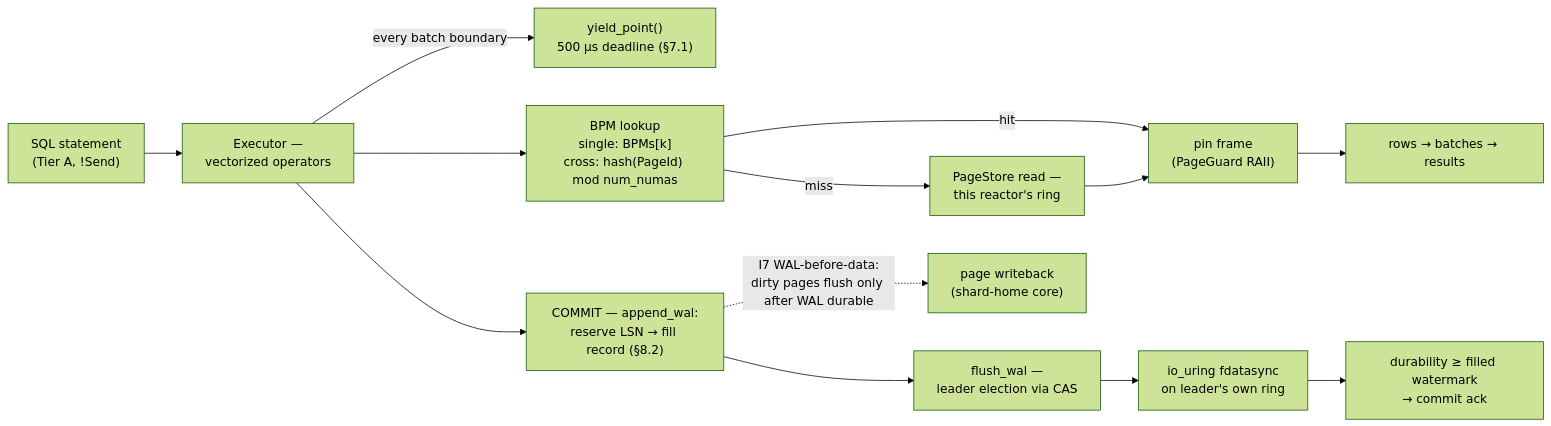
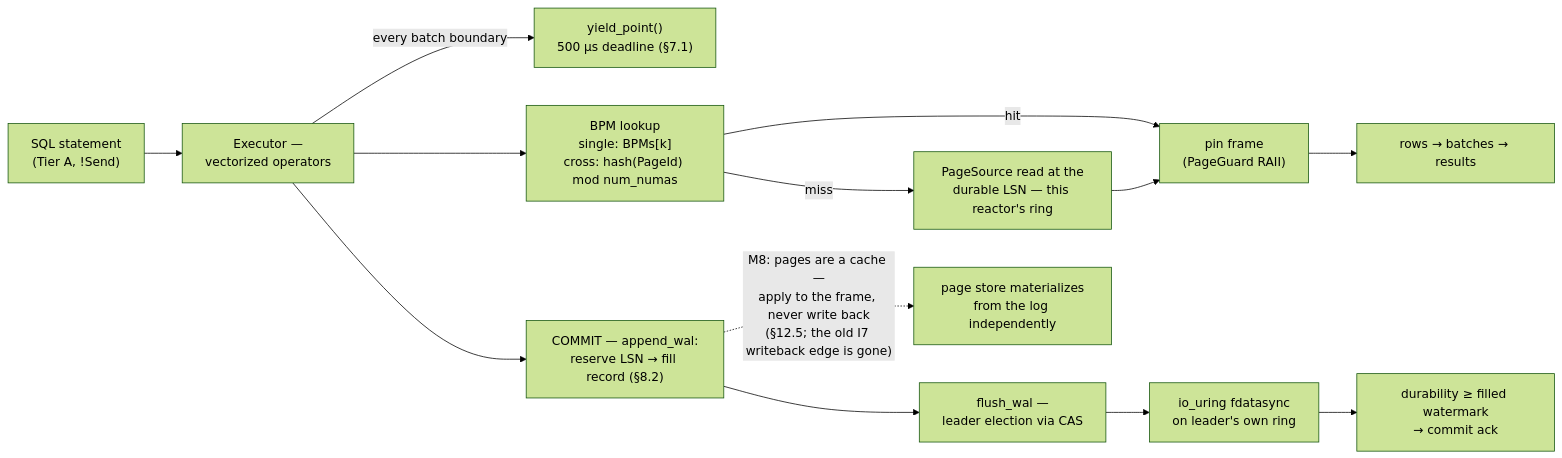
The second of 4 diagrams in crates/09-runtime/cascade-runtime/AI/runtime-architecture-diagrams.md (kennthhz/cascade-db), drawn with Mermaid (forest theme) before and after one commit. The commit also changed other lines of this file and 8 other files, not shown here.

````diff
--- a/crates/09-runtime/cascade-runtime/AI/runtime-architecture-diagrams.md
+++ b/crates/09-runtime/cascade-runtime/AI/runtime-architecture-diagrams.md
@@ -80,15 +80,15 @@
 ```mermaid
 flowchart LR
     Q["SQL statement<br/>(Tier A, !Send)"] --> EX["Executor —<br/>vectorized operators"]
     EX -->|"every batch boundary"| YP["yield_point()<br/>500 µs deadline (§7.1)"]
     EX --> LK["BPM lookup<br/>single: BPMs[k]<br/>cross: hash(PageId) mod num_numas"]
     LK -->|"hit"| PIN["pin frame<br/>(PageGuard RAII)"]
-    LK -->|"miss"| IO["PageStore read —<br/>this reactor's ring"]
+    LK -->|"miss"| IO["PageSource read at the<br/>durable LSN — this reactor's ring"]
     IO --> PIN
     PIN --> ROWS["rows → batches → results"]
     EX --> TX["COMMIT — append_wal:<br/>reserve LSN → fill record (§8.2)"]
     TX --> FL["flush_wal —<br/>leader election via CAS"]
     FL --> FS["io_uring fdatasync<br/>on leader's own ring"]
     FS --> ACK["durability ≥ filled watermark<br/>→ commit ack"]
-    TX -.->|"I7 WAL-before-data:<br/>dirty pages flush only after WAL durable"| WB["page writeback<br/>(shard-home core)"]
+    TX -.->|"M8: pages are a cache —<br/>apply to the frame, never write back<br/>(§12.5; the old I7 writeback edge is gone)"| CACHE["page store materializes<br/>from the log independently"]
 ```
````
